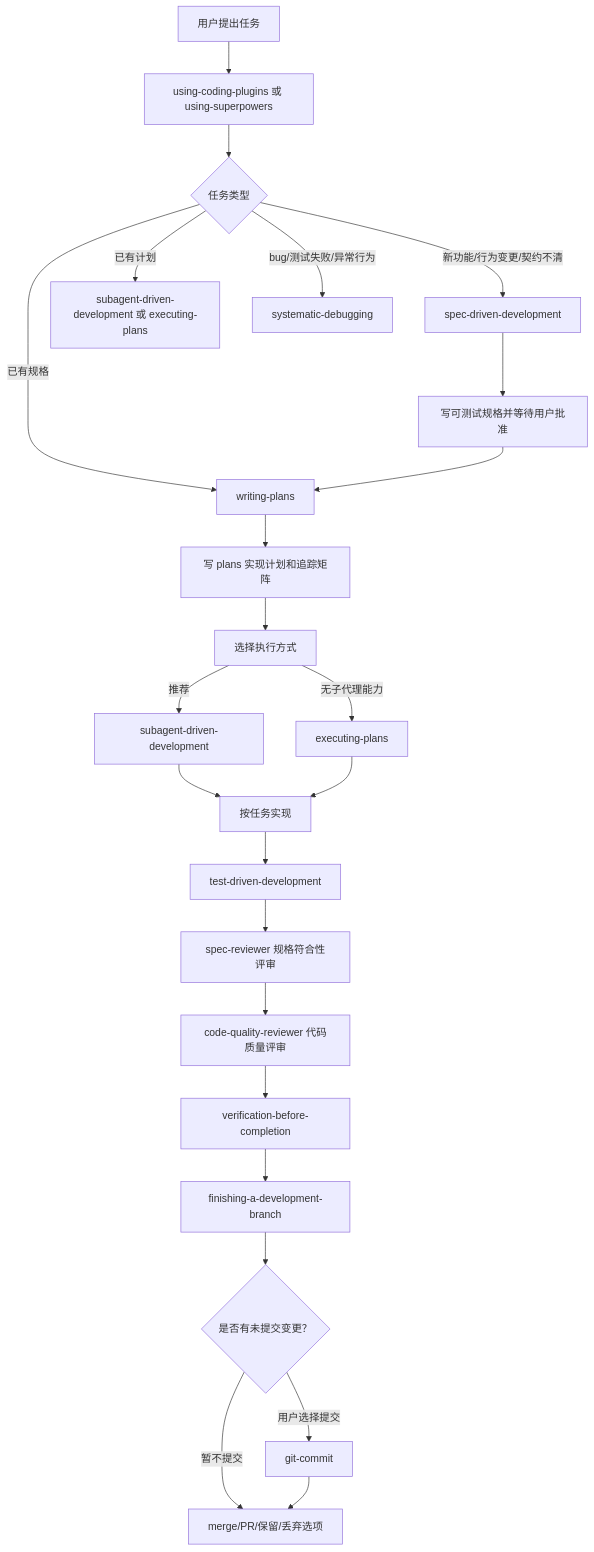
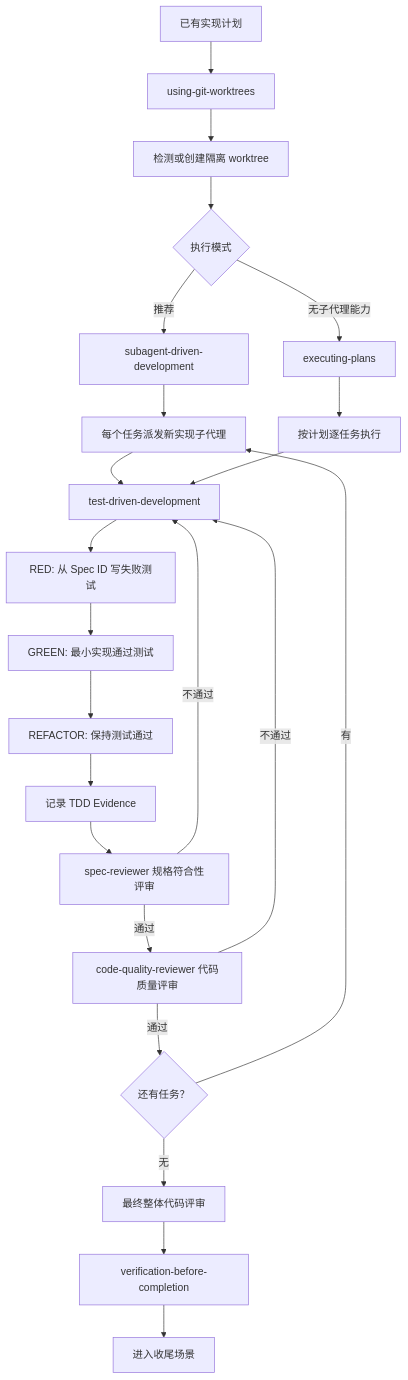
The fourth of 10 diagrams in docs/workflow-chain.md (Vincen-dev/coding-plugins), drawn with Mermaid before and after one commit. The commit also changed other lines of this file and 2 other files, not shown here.

````diff
--- a/docs/workflow-chain.md
+++ b/docs/workflow-chain.md
@@ -22,26 +193,25 @@
 ```mermaid
 flowchart TD
-  A["用户提出任务"] --> B["using-coding-plugins 或 using-superpowers"]
-  B --> C{任务类型}
-  C -->|新功能/行为变更/契约不清| D["spec-driven-development"]
-  C -->|已有规格| E["writing-plans"]
-  C -->|已有计划| F["subagent-driven-development 或 executing-plans"]
-  C -->|bug/测试失败/异常行为| G["systematic-debugging"]
-  D --> H["写可测试规格并等待用户批准"]
-  H --> E
-  E --> I["写 plans 实现计划和追踪矩阵"]
-  I --> J["选择执行方式"]
-  J -->|推荐| K["subagent-driven-development"]
-  J -->|无子代理能力| L["executing-plans"]
-  K --> M["按任务实现"]
-  L --> M
-  M --> N["test-driven-development"]
-  N --> O["spec-reviewer 规格符合性评审"]
-  O --> P["code-quality-reviewer 代码质量评审"]
+  A["已有实现计划"] --> B["using-git-worktrees"]
+  B --> C["检测或创建隔离 worktree"]
+  C --> D{"执行模式"}
+  D -->|推荐| E["subagent-driven-development"]
+  D -->|无子代理能力| F["executing-plans"]
+  E --> G["每个任务派发新实现子代理"]
+  F --> H["按计划逐任务执行"]
+  G --> I["test-driven-development"]
+  H --> I
+  I --> J["RED: 从 Spec ID 写失败测试"]
+  J --> K["GREEN: 最小实现通过测试"]
+  K --> L["REFACTOR: 保持测试通过"]
+  L --> EVIDENCE["记录 TDD Evidence"]
+  EVIDENCE --> M["spec-reviewer 规格符合性评审"]
+  M -->|不通过| I
+  M -->|通过| N["code-quality-reviewer 代码质量评审"]
+  N -->|不通过| I
+  N -->|通过| O{"还有任务？"}
+  O -->|有| G
+  O -->|无| P["最终整体代码评审"]
   P --> Q["verification-before-completion"]
-  Q --> R["finishing-a-development-branch"]
-  R --> S{"是否有未提交变更？"}
-  S -->|用户选择提交| T["git-commit"]
-  S -->|暂不提交| U["merge/PR/保留/丢弃选项"]
-  T --> U
+  Q --> R["进入收尾场景"]
 ```
````
